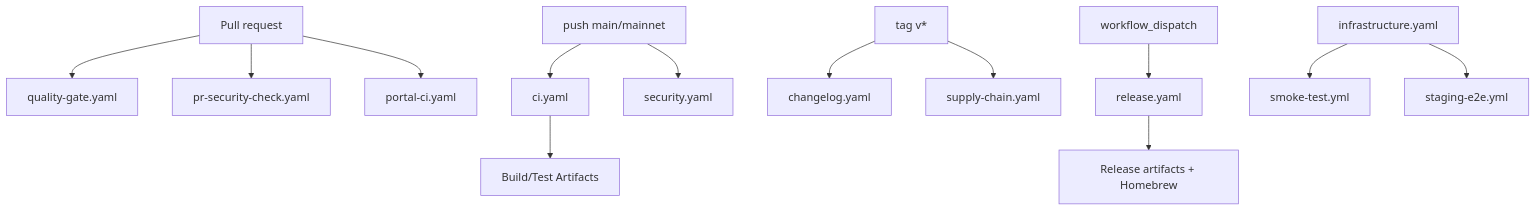
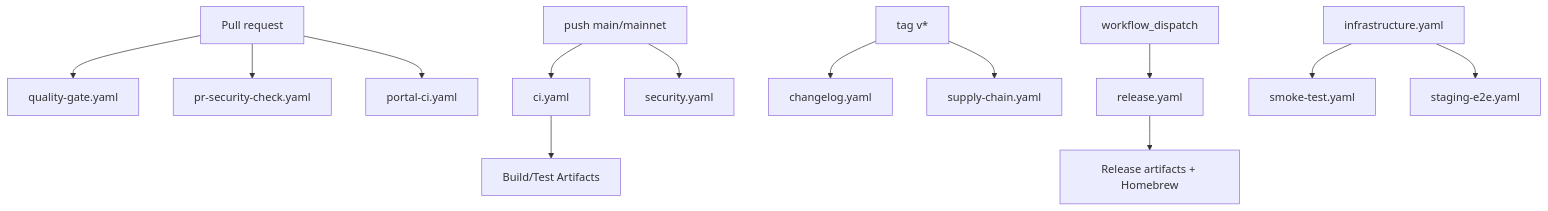
The diagram in .github/AGENTS.md (virtengine/virtengine), drawn with Mermaid before and after one commit. The commit also changed other lines of this file and 5 other files, not shown here.

````diff
--- a/.github/AGENTS.md
+++ b/.github/AGENTS.md
@@ -45,15 +45,15 @@
 ```mermaid
 flowchart TD
   PR[Pull request] --> QG[quality-gate.yaml]
   PR --> SEC[pr-security-check.yaml]
   PR --> PORTAL[portal-ci.yaml]
   MAIN[push main/mainnet] --> CI[ci.yaml]
   MAIN --> SECALL[security.yaml]
   TAG[tag v*] --> CHANGELOG[changelog.yaml]
   TAG --> SUPPLY[supply-chain.yaml]
   DISPATCH[workflow_dispatch] --> RELEASE[release.yaml]
   CI --> ARTIFACTS[Build/Test Artifacts]
   RELEASE --> PUBLISH[Release artifacts + Homebrew]
-  INFRA[infrastructure.yaml] --> SMOKE[smoke-test.yml]
-  INFRA --> STAGINGE2E[staging-e2e.yml]
+  INFRA[infrastructure.yaml] --> SMOKE[smoke-test.yaml]
+  INFRA --> STAGINGE2E[staging-e2e.yaml]
 ```
````
